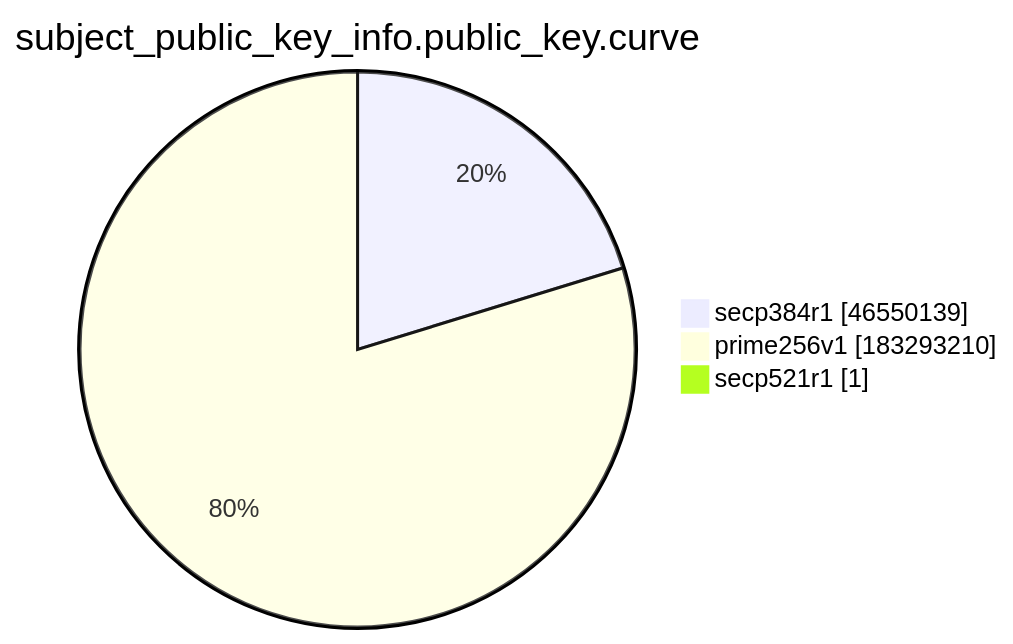
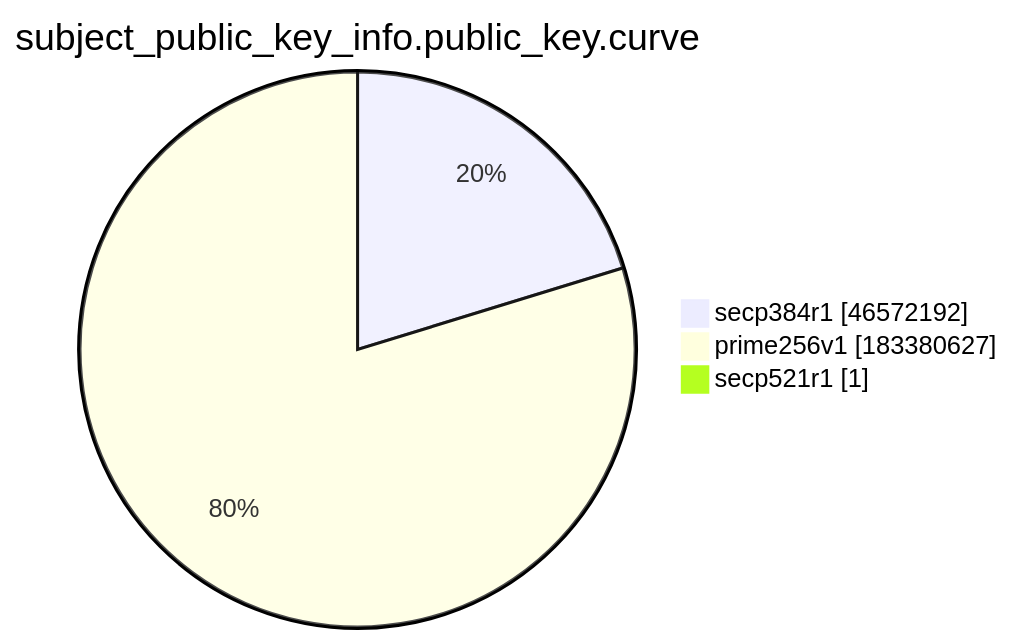
One commit to christiankrug/ctmonitor_visualization changed the ninth of 15 diagrams in xenon2022/README.md. Above: the diagram before and after it, drawn with Mermaid. The commit also changed other lines of this file, not shown here.

````diff
--- a/xenon2022/README.md
+++ b/xenon2022/README.md
@@ -2874,7 +2874,7 @@
 ```mermaid
 pie showData
 title subject_public_key_info.public_key.curve
-"secp384r1" :46550139
-"prime256v1" :183293210
+"secp384r1" :46572192
+"prime256v1" :183380627
 "secp521r1" :1
 ```
````
